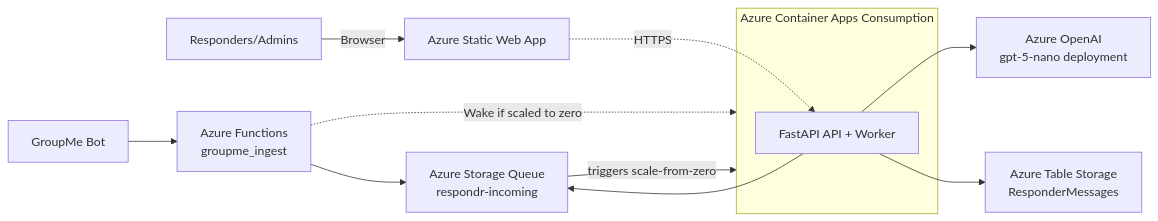
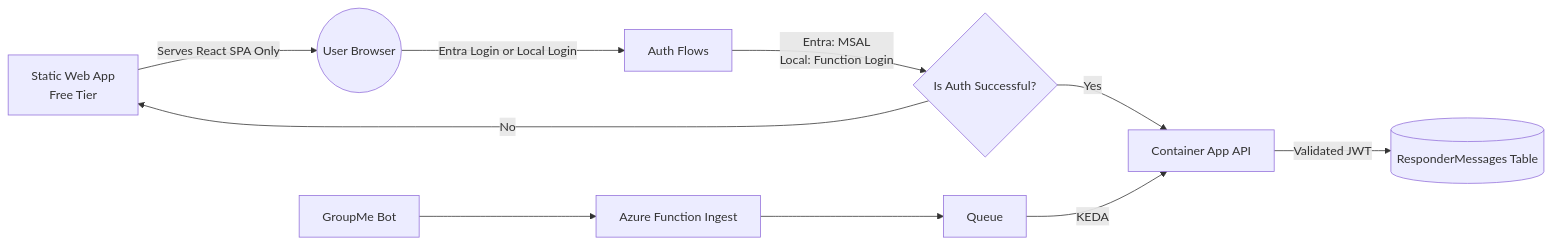
The first of 3 diagrams in README.md (scvsar/respondr-lite), drawn with Mermaid before and after one commit. The commit also changed other lines of this file and 33 other files, not shown here.

````diff
--- a/README.md
+++ b/README.md
@@ -19,18 +19,11 @@
 ```mermaid
-graph LR
-  GM[GroupMe Bot] --> AF[Azure Functions<br/>groupme_ingest]
-  AF --> Q[Azure Storage Queue<br/>respondr-incoming]
-  AF -.->|Wake if scaled to zero| ACA
+flowchart LR
+  A[Static Web App<br/>Free Tier] -->|Serves React SPA Only| B((User Browser))
+  B -->|Entra Login or Local Login| C[Auth Flows]
+  C -->|Entra: MSAL<br/>Local: Function Login| D{Is Auth Successful?}
 
-  subgraph ACA[Azure Container Apps Consumption]
-    API[FastAPI API + Worker]
-  end
-
-  Q -->|triggers scale-from-zero| ACA
-  API --> Q
-  API --> AOAI[Azure OpenAI<br/>gpt-5-nano deployment]
-  API --> TS[Azure Table Storage<br/>ResponderMessages]
-
-  SWA[Azure Static Web App] -.->|HTTPS| API
-  U[Responders/Admins] -->|Browser| SWA
+  D -->|No| A
+  D -->|Yes| E[Container App API]
+  E -->|Validated JWT| F[(ResponderMessages Table)]
+  G[GroupMe Bot] --> H[Azure Function Ingest] --> I[Queue] -->|KEDA| E
 ```
````
